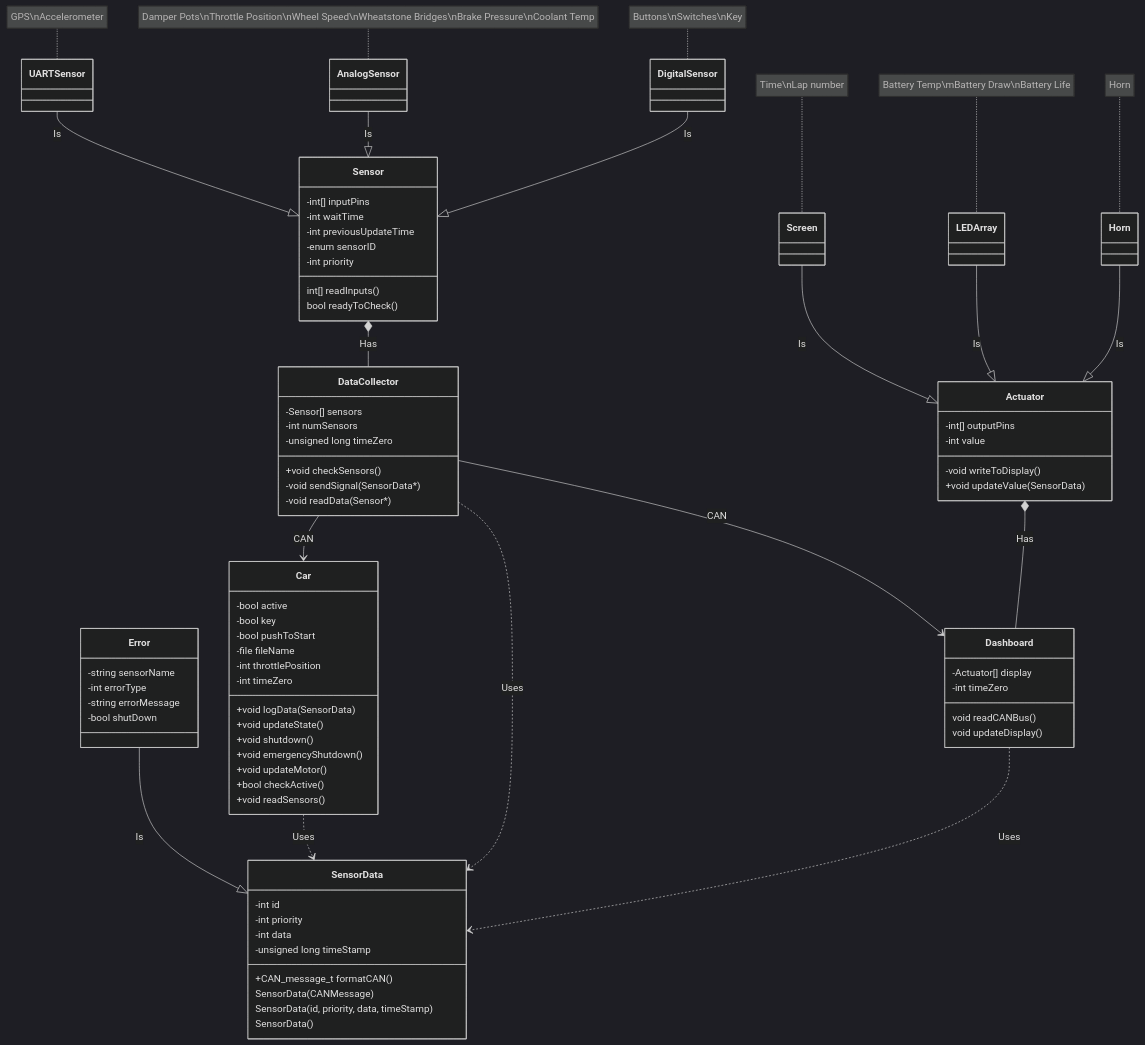
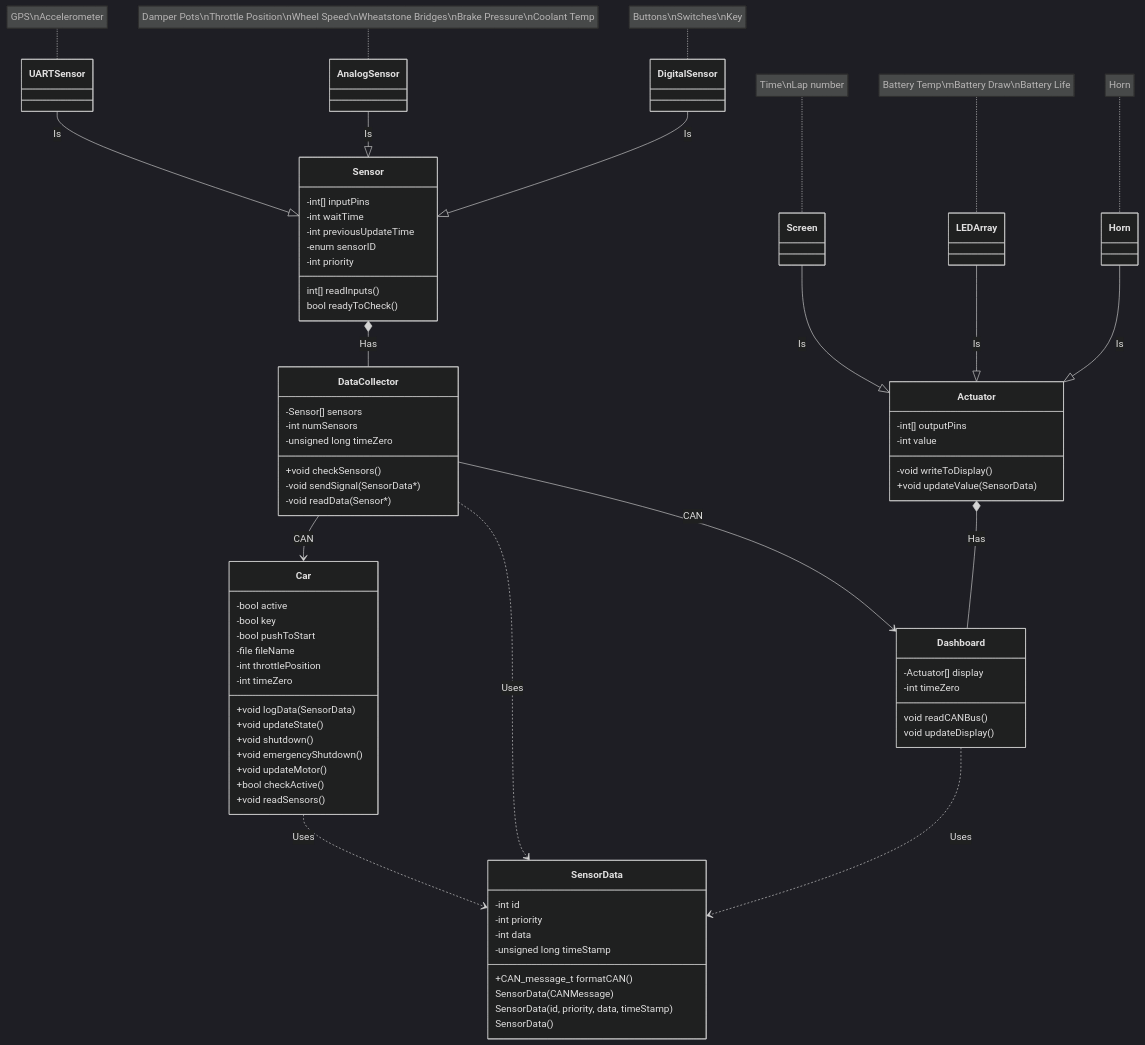
Before and after one commit to BYU-Racing/car_software: the diagram in VehicleCode/CarUML_v1.0.md, drawn with Mermaid (dark theme). The commit also changed other lines of this file, not shown here.

Commit message:
revert error class

```diff
--- a/VehicleCode/CarUML_v1.0.md
+++ b/VehicleCode/CarUML_v1.0.md
@@ -51,13 +50,6 @@
     SensorData : SensorData(id, priority, data, timeStamp)
     SensorData : SensorData()
 
-    class Error
-    Error : -string sensorName
-    Error : -int errorType
-    Error : -string errorMessage
-    Error : -bool shutDown
-    Error --|> SensorData : Is
-
     class Dashboard
     Dashboard : -Actuator[] display
     Dashboard : -int timeZero
```
